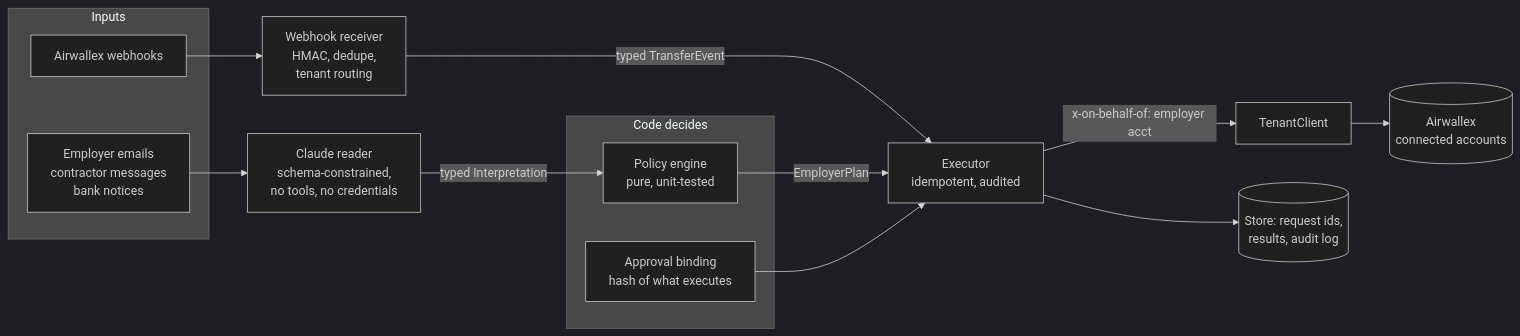
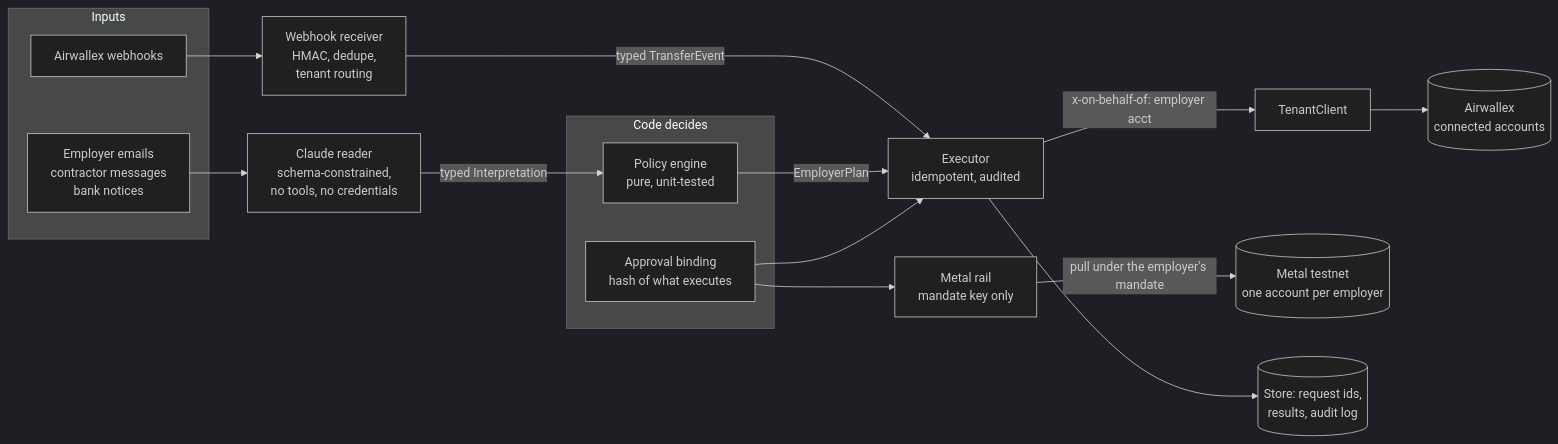
Before and after one commit to acirema792/payday-guardian: the diagram in README.md, drawn with Mermaid (dark theme). The commit also changed other lines of this file and 10 other files, not shown here.

````diff
--- a/README.md
+++ b/README.md
@@ -64,20 +65,22 @@
 ```mermaid
 flowchart LR
   subgraph Inputs
     M[Employer emails<br/>contractor messages<br/>bank notices]
     W[Airwallex webhooks]
   end
   M --> R[Claude reader<br/>schema-constrained,<br/>no tools, no credentials]
   R -- typed Interpretation --> P
   W --> V[Webhook receiver<br/>HMAC, dedupe,<br/>tenant routing]
   V -- typed TransferEvent --> X
   subgraph Code decides
     P[Policy engine<br/>pure, unit-tested]
     A[Approval binding<br/>hash of what executes]
   end
   P -- EmployerPlan --> X[Executor<br/>idempotent, audited]
   A --> X
   X -- x-on-behalf-of: employer acct --> T[TenantClient]
   T --> AW[(Airwallex<br/>connected accounts)]
+  A --> MR[Metal rail<br/>mandate key only]
+  MR -- pull under the employer's mandate --> MT[(Metal testnet<br/>one account per employer)]
   X --> S[(Store: request ids,<br/>results, audit log)]
 ```
````
